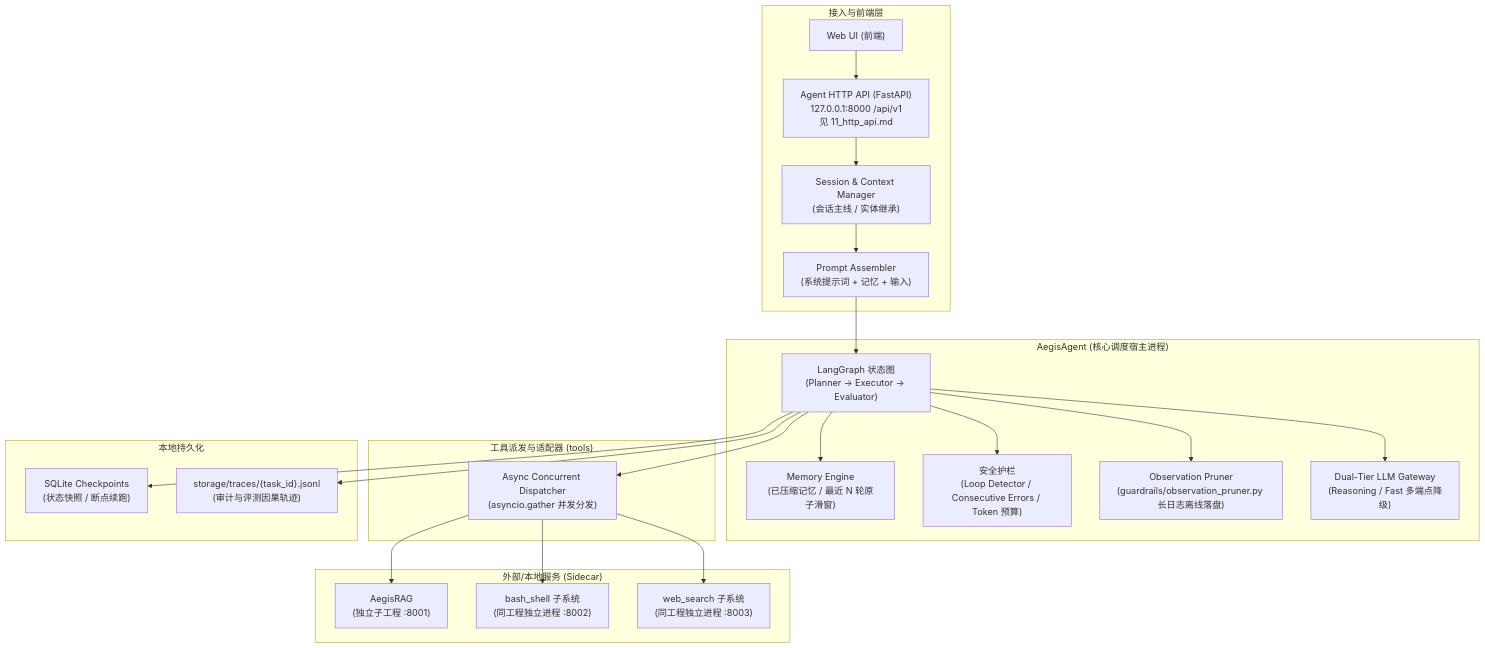
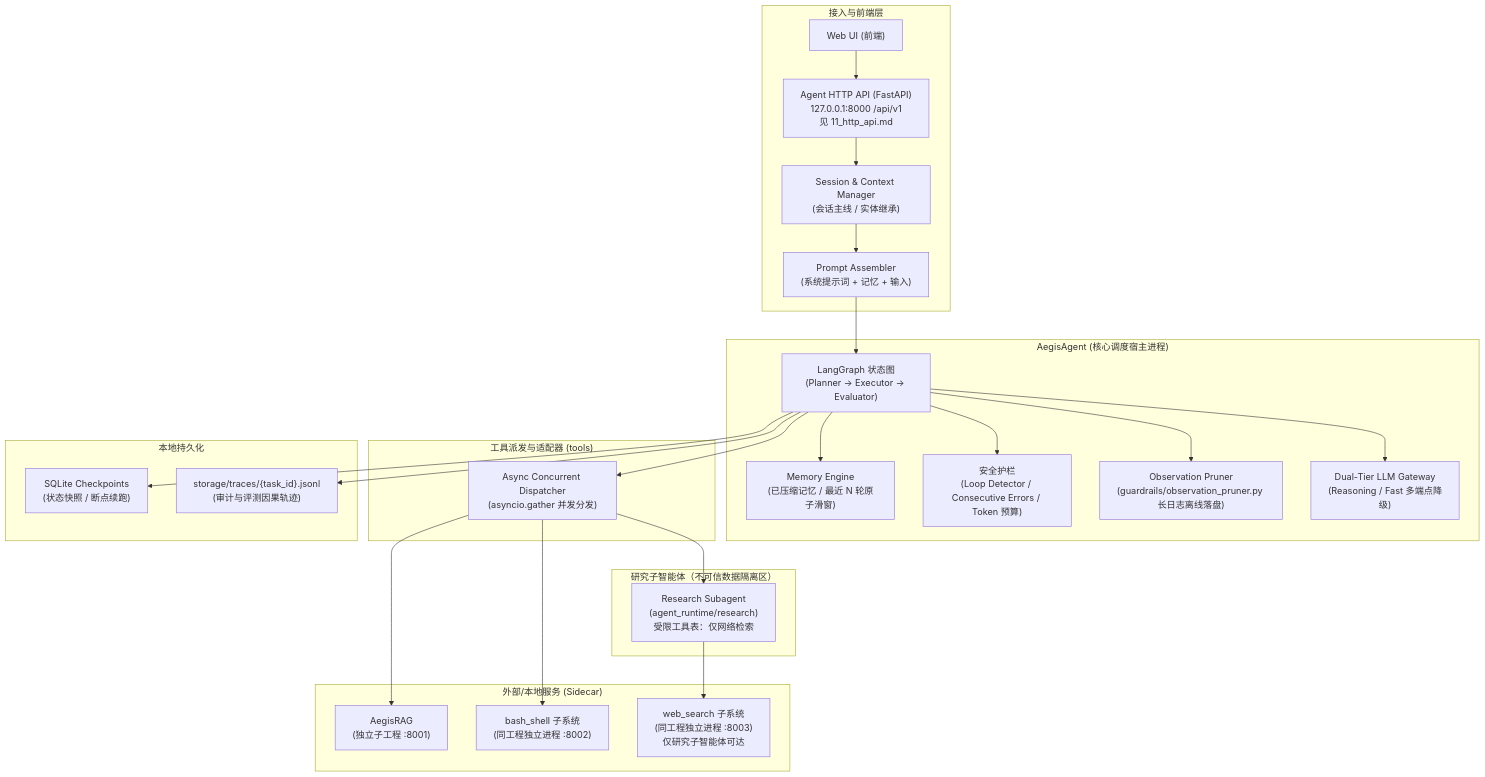
The diagram in documents/agent_runtime/01_architecture_overview.md (MakinoharaShokosans/Aegis), drawn with Mermaid before and after one commit. The commit also changed other lines of this file and 28 other files, not shown here.

First line of the commit message:
feat(security): 外部检索隔离为研究子智能体（tool 形态，非子图）

````diff
--- a/documents/agent_runtime/01_architecture_overview.md
+++ b/documents/agent_runtime/01_architecture_overview.md
@@ -18,47 +18,52 @@
 ```mermaid
 graph TB
     subgraph Client["接入与前端层"]
         FE["Web UI (前端)"]
         API["Agent HTTP API (FastAPI)<br/>127.0.0.1:8000 /api/v1<br/>见 11_http_api.md"]
         SM["Session & Context Manager<br/>(会话主线 / 实体继承)"]
         CP["Prompt Assembler<br/>(系统提示词 + 记忆 + 输入)"]
     end
 
     subgraph AegisAgent["AegisAgent (核心调度宿主进程)"]
         G["LangGraph 状态图<br/>(Planner -> Executor -> Evaluator)"]
         M["Memory Engine<br/>(已压缩记忆 / 最近 N 轮原子滑窗)"]
         GD["安全护栏<br/>(Loop Detector / Consecutive Errors / Token 预算)"]
         PR["Observation Pruner<br/>(guardrails/observation_pruner.py 长日志离线落盘)"]
         LLM["Dual-Tier LLM Gateway<br/>(Reasoning / Fast 多端点降级)"]
     end
 
     subgraph ToolDispatch["工具派发与适配器 (tools)"]
         TC["Async Concurrent Dispatcher<br/>(asyncio.gather 并发分发)"]
     end
 
+    subgraph Research["研究子智能体（不可信数据隔离区）"]
+        RS["Research Subagent<br/>(agent_runtime/research)<br/>受限工具表：仅网络检索"]
+    end
+
     subgraph Services["外部/本地服务 (Sidecar)"]
         RAG["AegisRAG<br/>(独立子工程 :8001)"]
         BASH["bash_shell 子系统<br/>(同工程独立进程 :8002)"]
-        WEB["web_search 子系统<br/>(同工程独立进程 :8003)"]
+        WEB["web_search 子系统<br/>(同工程独立进程 :8003)<br/>仅研究子智能体可达"]
     end
 
     subgraph Storage["本地持久化"]
         CK["SQLite Checkpoints<br/>(状态快照 / 断点续跑)"]
         TR["storage/traces/{task_id}.jsonl<br/>(审计与评测因果轨迹)"]
     end
 
     FE --> API
     API --> SM
     SM --> CP
     CP --> G
     G --> M
     G --> GD
     G --> LLM
     G --> TC
     G --> PR
     TC --> RAG
     TC --> BASH
-    TC --> WEB
+    TC --> RS
+    RS --> WEB
     G --> CK
     G --> TR
 ```
````
